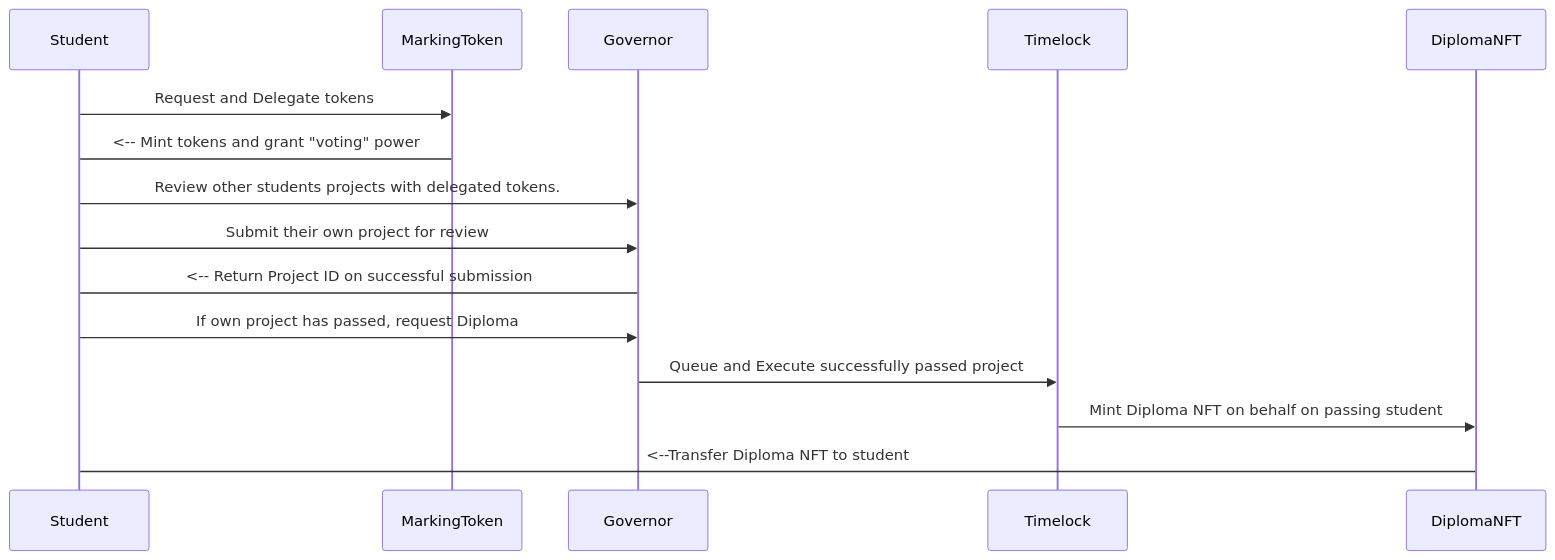
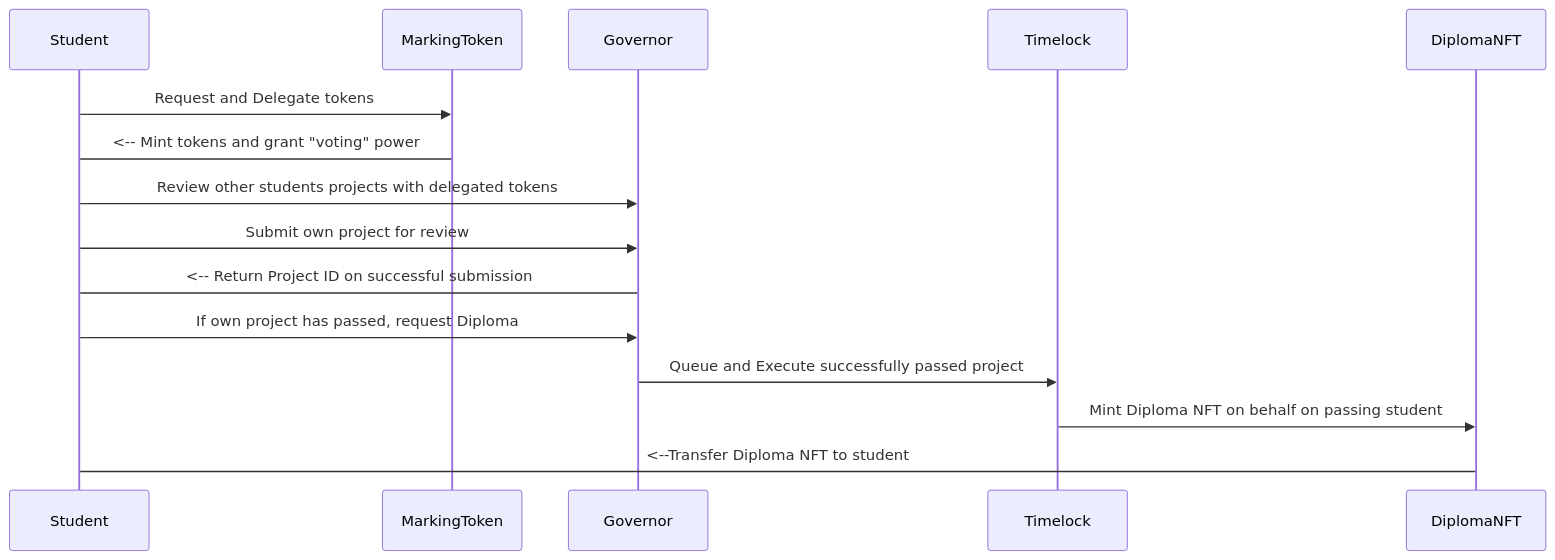
The diagram in README.md (w3ia/Encode-Solidity-Bootcamp---Team-4-Final-Project), drawn with Mermaid before and after one commit. The commit also changed other lines of this file, not shown here.

````diff
--- a/README.md
+++ b/README.md
@@ -41,23 +40,23 @@
 ```mermaid
 
 sequenceDiagram
 
 Student ->> MarkingToken: Request and Delegate tokens
 
 MarkingToken -> Student: <-- Mint tokens and grant "voting" power
 
-Student ->> Governor: Review other students projects with delegated tokens.
+Student ->> Governor: Review other students projects with delegated tokens
 
-Student ->> Governor: Submit their own project for review
+Student ->> Governor: Submit own project for review
 
 Governor -> Student: <-- Return Project ID on successful submission
 
 Student ->> Governor: If own project has passed, request Diploma
 
 Governor ->> Timelock: Queue and Execute successfully passed project
 
 Timelock ->> DiplomaNFT: Mint Diploma NFT on behalf on passing student
 
 DiplomaNFT -> Student: <--Transfer Diploma NFT to student
 
 ```
````
